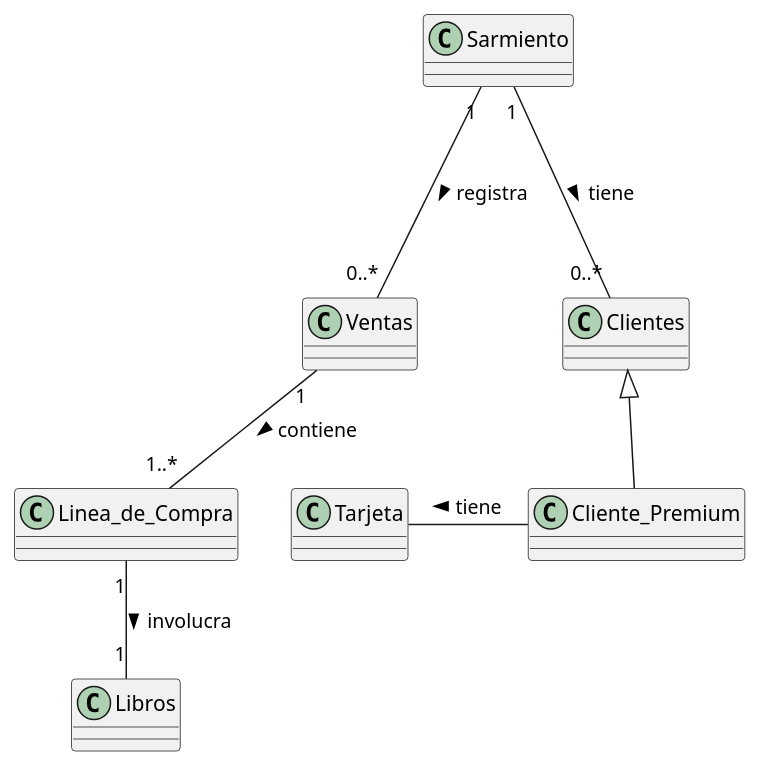
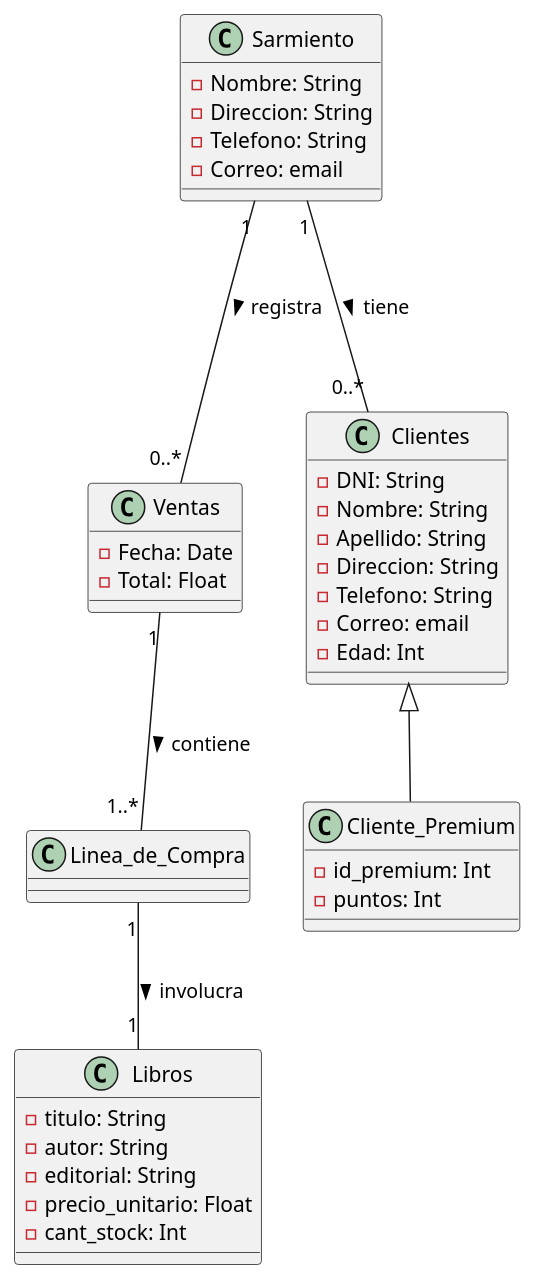
Before and after one commit to Z0SO/UML-Practice: the second of 2 diagrams in 1-Repaso recuperatorio/Repaso Recuperatorio.md, drawn with PlantUML.

Commit message:
bkp -> 2024-08-11 19:30:51

````diff
--- a/1-Repaso recuperatorio/Repaso Recuperatorio.md
+++ b/1-Repaso recuperatorio/Repaso Recuperatorio.md
@@ -132,27 +132,54 @@
 
 
 class sistema as "Sarmiento" {
+    
+    - Nombre: String
+    - Direccion: String
+    - Telefono: String
+    - Correo: email
 
 
 }
 
 class ventas as "Ventas" {
+    - Fecha: Date
+    - Total: Float
+
 }
 
 class clientes as "Clientes" {
+    - DNI: String
+    - Nombre: String
+    - Apellido: String
+    - Direccion: String
+    - Telefono: String
+    - Correo: email
+    - Edad: Int
+
 }
 
 class libros as "Libros" {
-}
-
-class cliente_premium as "Cliente_Premium" {
-}
-
-class tarjeta as "Tarjeta" {
+    - titulo: String
+    - autor: String
+    - editorial: String
+    - precio_unitario: Float
+    - cant_stock: Int
 }
 
 
+class cliente_premium as "Cliente_Premium" {
+    - id_premium: Int
+    - puntos: Int
+    
+
+}
+
+
+
+
 class linea_de_compra as "Linea_de_Compra" {
+    
+
 }
 
 
@@ -176,11 +203,9 @@
 ' RELACIONES DE CLIENTES
 clientes <|-- cliente_premium
 
-cliente_premium -left- tarjeta: > tiene
 
 
 
 @enduml
 
-
 ```
````
